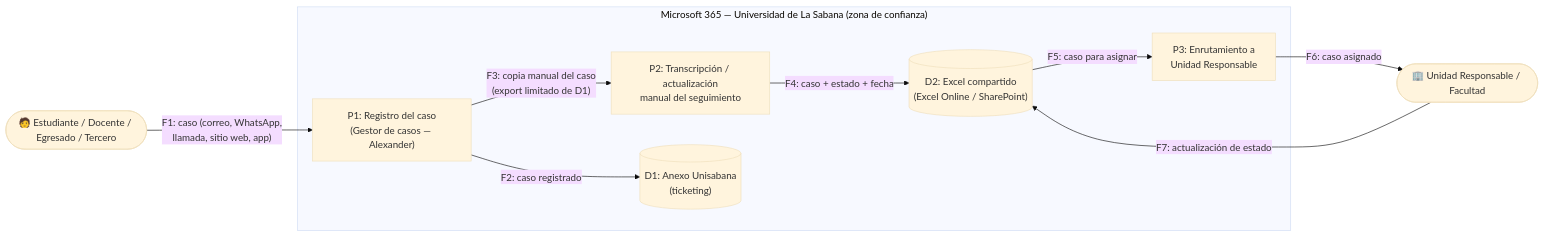
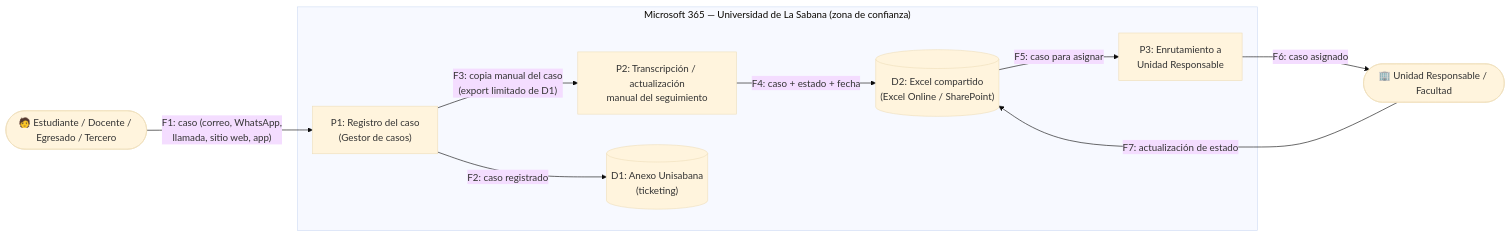
One commit to N1kxo/AREM-Innova2-JohannaMolina changed the diagram in 05-seguridad-stride/informe.md. Above: the diagram before and after it, drawn with Mermaid (base theme). The commit also changed other lines of this file and 25 other files, not shown here.

````diff
--- a/05-seguridad-stride/informe.md
+++ b/05-seguridad-stride/informe.md
@@ -24,22 +24,22 @@
 ```mermaid
 flowchart LR
     usuario(["🧑 Estudiante / Docente / Egresado / Tercero"])
 
     subgraph tenant["Microsoft 365 — Universidad de La Sabana (zona de confianza)"]
-        p1["P1: Registro del caso<br/>(Gestor de casos — Alexander)"]
+        p1["P1: Registro del caso<br/>(Gestor de casos)"]
         p2["P2: Transcripción / actualización<br/>manual del seguimiento"]
         p3["P3: Enrutamiento a<br/>Unidad Responsable"]
         d1[("D1: Anexo Unisabana<br/>(ticketing)")]
         d2[("D2: Excel compartido<br/>(Excel Online / SharePoint)")]
     end
 
     responsable(["🏢 Unidad Responsable / Facultad"])
 
     usuario -->|"F1: caso (correo, WhatsApp,<br/>llamada, sitio web, app)"| p1
     p1 -->|"F2: caso registrado"| d1
     p1 -->|"F3: copia manual del caso<br/>(export limitado de D1)"| p2
     p2 -->|"F4: caso + estado + fecha"| d2
     d2 -->|"F5: caso para asignar"| p3
     p3 -->|"F6: caso asignado"| responsable
     responsable -->|"F7: actualización de estado"| d2
 ```
````
